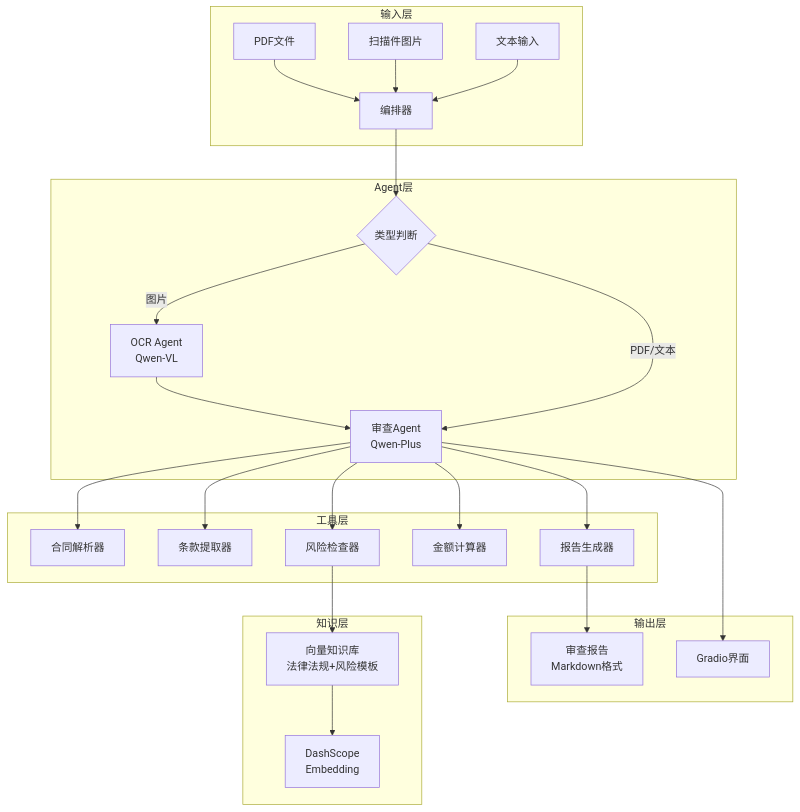
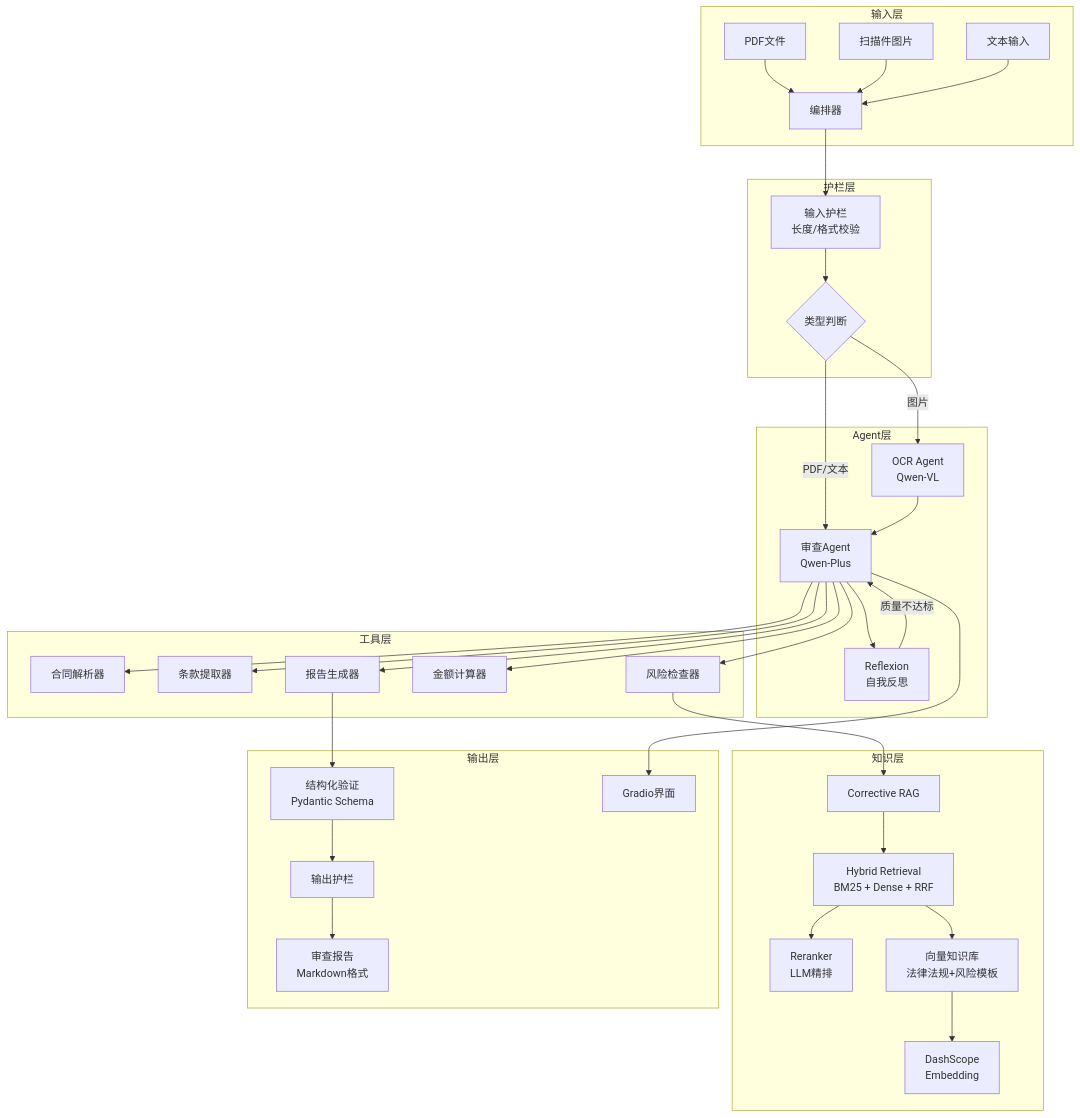
One commit to KevinBangbang/qianwen-contract-agent changed the diagram in README.md. Above: the diagram before and after it, drawn with Mermaid. The commit also changed other lines of this file and 12 other files, not shown here.

````diff
--- a/README.md
+++ b/README.md
@@ -9,33 +9,44 @@
 ```mermaid
 graph TB
     subgraph 输入层
         A[PDF文件] --> D[编排器]
         B[扫描件图片] --> D
         C[文本输入] --> D
     end
 
+    subgraph 护栏层
+        D --> G1[输入护栏<br/>长度/格式校验]
+        G1 --> E{类型判断}
+    end
+
     subgraph Agent层
-        D --> E{类型判断}
         E -->|图片| F[OCR Agent<br/>Qwen-VL]
         E -->|PDF/文本| G[审查Agent<br/>Qwen-Plus]
         F --> G
+        G --> REF[Reflexion<br/>自我反思]
+        REF -->|质量不达标| G
     end
 
     subgraph 工具层
         G --> H[合同解析器]
         G --> I[条款提取器]
         G --> J[风险检查器]
         G --> K[金额计算器]
         G --> L[报告生成器]
     end
 
     subgraph 知识层
-        J --> M[向量知识库<br/>法律法规+风险模板]
+        J --> CRAG[Corrective RAG]
+        CRAG --> HYB[Hybrid Retrieval<br/>BM25 + Dense + RRF]
+        HYB --> RR[Reranker<br/>LLM精排]
+        HYB --> M[向量知识库<br/>法律法规+风险模板]
         M --> N[DashScope<br/>Embedding]
     end
 
     subgraph 输出层
-        L --> O[审查报告<br/>Markdown格式]
+        L --> VAL[结构化验证<br/>Pydantic Schema]
+        VAL --> G2[输出护栏]
+        G2 --> O[审查报告<br/>Markdown格式]
         G --> P[Gradio界面]
     end
 ```
````
